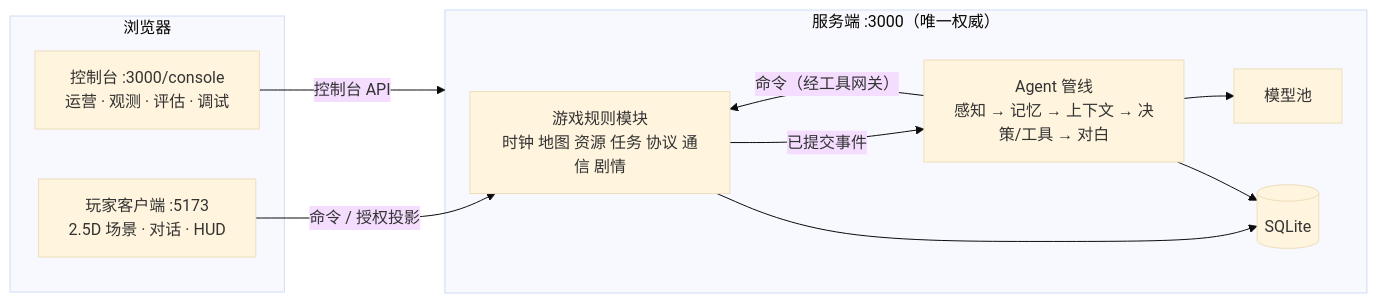
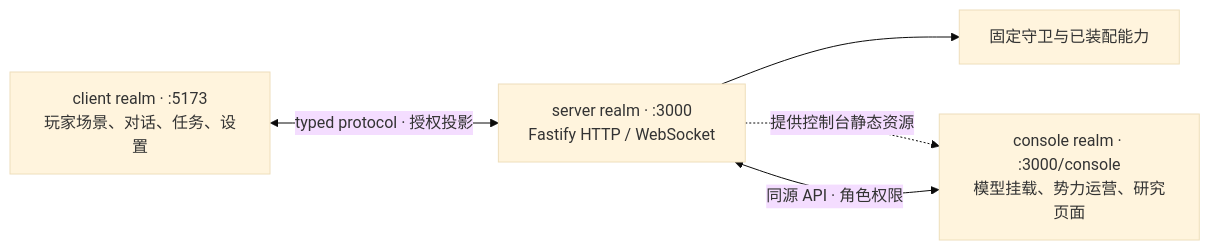
Before and after one commit to daftpunkwave/ai-npc-demo: the first of 6 diagrams in README.md, drawn with Mermaid (base theme). The commit also changed other lines of this file and 10 other files, not shown here.

````diff
--- a/README.md
+++ b/README.md
@@ -20,20 +21,11 @@
 ```mermaid
 flowchart LR
-  subgraph Browser["浏览器"]
-    C["玩家客户端 :5173<br/>2.5D 场景 · 对话 · HUD"]
-    K["控制台 :3000/console<br/>运营 · 观测 · 评估 · 调试"]
-  end
-  subgraph Server["服务端 :3000（唯一权威）"]
-    G["游戏规则模块<br/>时钟 地图 资源 任务 协议 通信 剧情"]
-    A["Agent 管线<br/>感知 → 记忆 → 上下文 → 决策/工具 → 对白"]
-    MP["模型池"]
-    DB[("SQLite")]
-  end
-  C -->|"命令 / 授权投影"| G
-  K -->|"控制台 API"| Server
-  G -->|"已提交事件"| A
-  A -->|"命令（经工具网关）"| G
-  A --> MP
-  G --> DB
-  A --> DB
+  C["client realm · :5173<br/>玩家场景、对话、任务、设置"]
+  O["console realm · :3000/console<br/>模型挂载、势力运营、研究页面"]
+  API["server realm · :3000<br/>Fastify HTTP / WebSocket"]
+  H["固定守卫与已装配能力"]
+  C <-->|"typed protocol · 授权投影"| API
+  O <-->|"同源 API · 角色权限"| API
+  API --> H
+  API -.->|"提供控制台静态资源"| O
 ```
````
